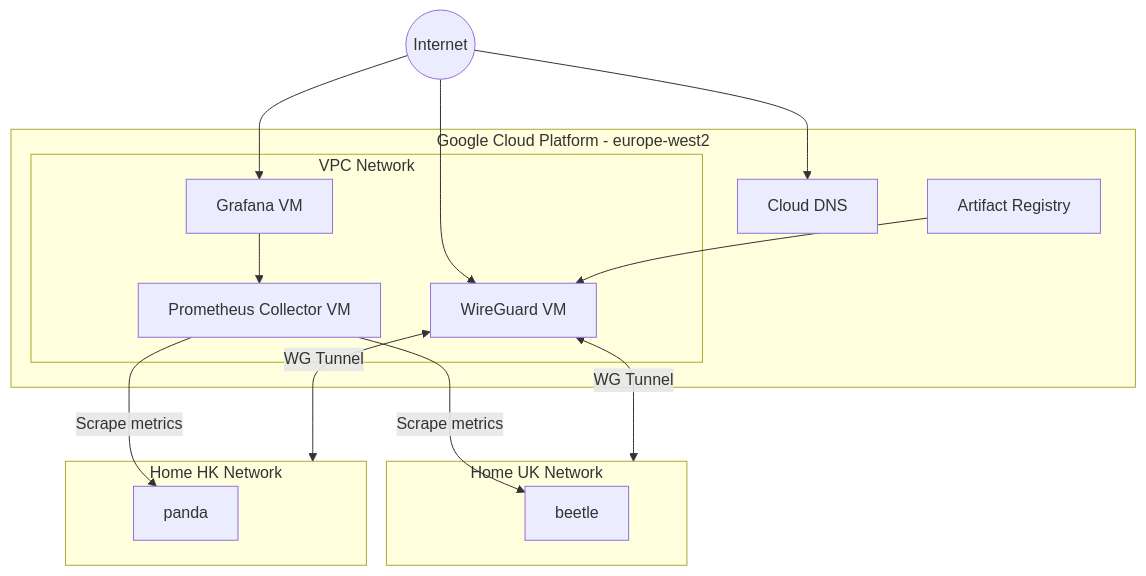
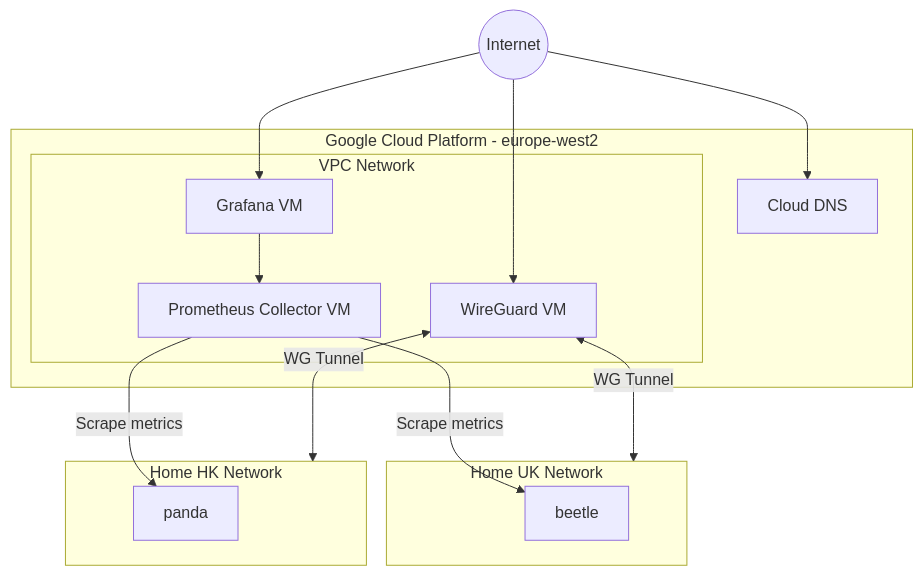
One commit to adambhwong/my-gcp-project changed the diagram in README.md. Above: the diagram before and after it, drawn with Mermaid.

Commit message:
update diagram

````diff
--- a/README.md
+++ b/README.md
@@ -24,30 +24,28 @@
 ```mermaid
 flowchart TB
     Internet((Internet))
     subgraph GCP["Google Cloud Platform - europe-west2"]
         DNS["Cloud DNS"]
-        AR["Artifact Registry"]
         subgraph VPC["VPC Network"]
             VPN["WireGuard VM"]
             PROM["Prometheus Collector VM"]
             GRAF["Grafana VM"]
         end
     end
 
     subgraph UK["Home UK Network"]
         UKHOST["beetle"]
     end
     subgraph HK["Home HK Network"]
         HKHOST["panda"]
     end
 
     Internet --> DNS
     Internet --> VPN
     Internet --> GRAF
-    AR --> VPN
     VPN <-->|WG Tunnel| UK
     VPN <-->|WG Tunnel| HK
     PROM -->|Scrape metrics| UKHOST
     PROM -->|Scrape metrics| HKHOST
     GRAF --> PROM
 ```
````
